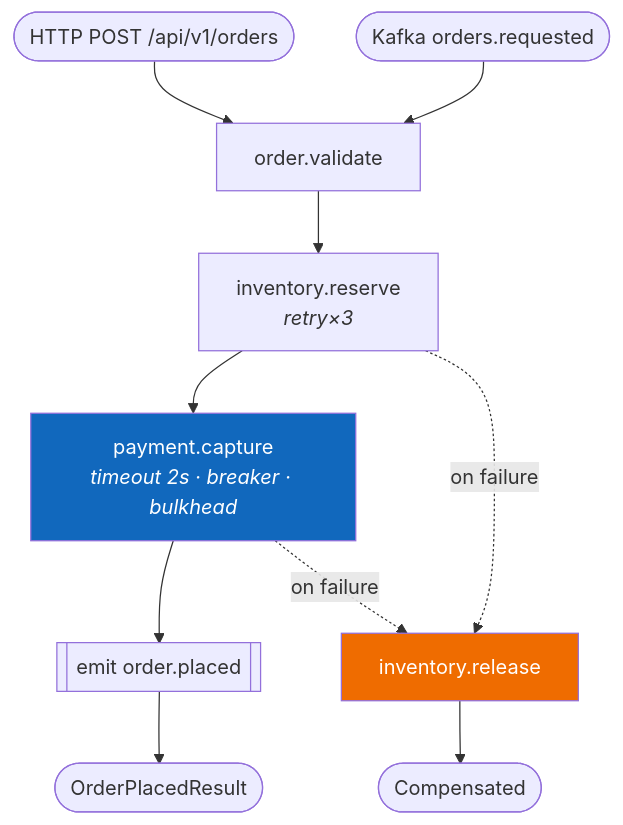
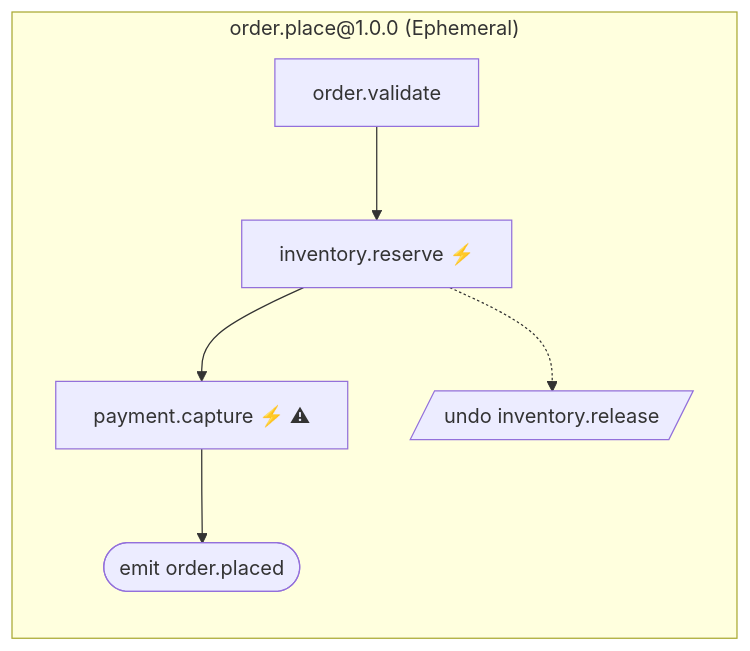
Before and after one commit to KhaiTrang1995/NexusFlow: the diagram in samples/ecommerce/README.md, drawn with Mermaid. The commit also changed other lines of this file and 46 other files, not shown here.

````diff
--- a/samples/ecommerce/README.md
+++ b/samples/ecommerce/README.md
@@ -46,14 +170,15 @@
 ```mermaid
 flowchart TD
-    T1(["HTTP POST /api/v1/orders"]) --> S1
-    T2(["Kafka orders.requested"]) --> S1
-    S1["order.validate"] --> S2["inventory.reserve<br/><i>retry×3</i>"]
-    S2 --> S3["payment.capture<br/><i>timeout 2s · breaker · bulkhead</i>"]
-    S3 --> E1[["emit order.placed"]]
-    E1 --> R(["OrderPlacedResult"])
-    S2 -. "on failure" .-> C2["inventory.release"]
-    S3 -. "on failure" .-> C2
-    C2 --> F(["Compensated"])
-    style S3 fill:#1168bd,color:#fff
-    style C2 fill:#ef6c00,color:#fff
+    subgraph f0["order.place@1.0.0 (Ephemeral)"]
+    direction TB
+        f0s0["order.validate"]
+        f0s1["inventory.reserve ⚡"]
+        f0s2["payment.capture ⚡ ⚠"]
+        f0s3(["emit order.placed"])
+        f0s0 --> f0s1
+        f0s1 --> f0s2
+        f0s2 --> f0s3
+        f0s1c[/"undo inventory.release"/]
+        f0s1 -.-> f0s1c
+    end
 ```
````
